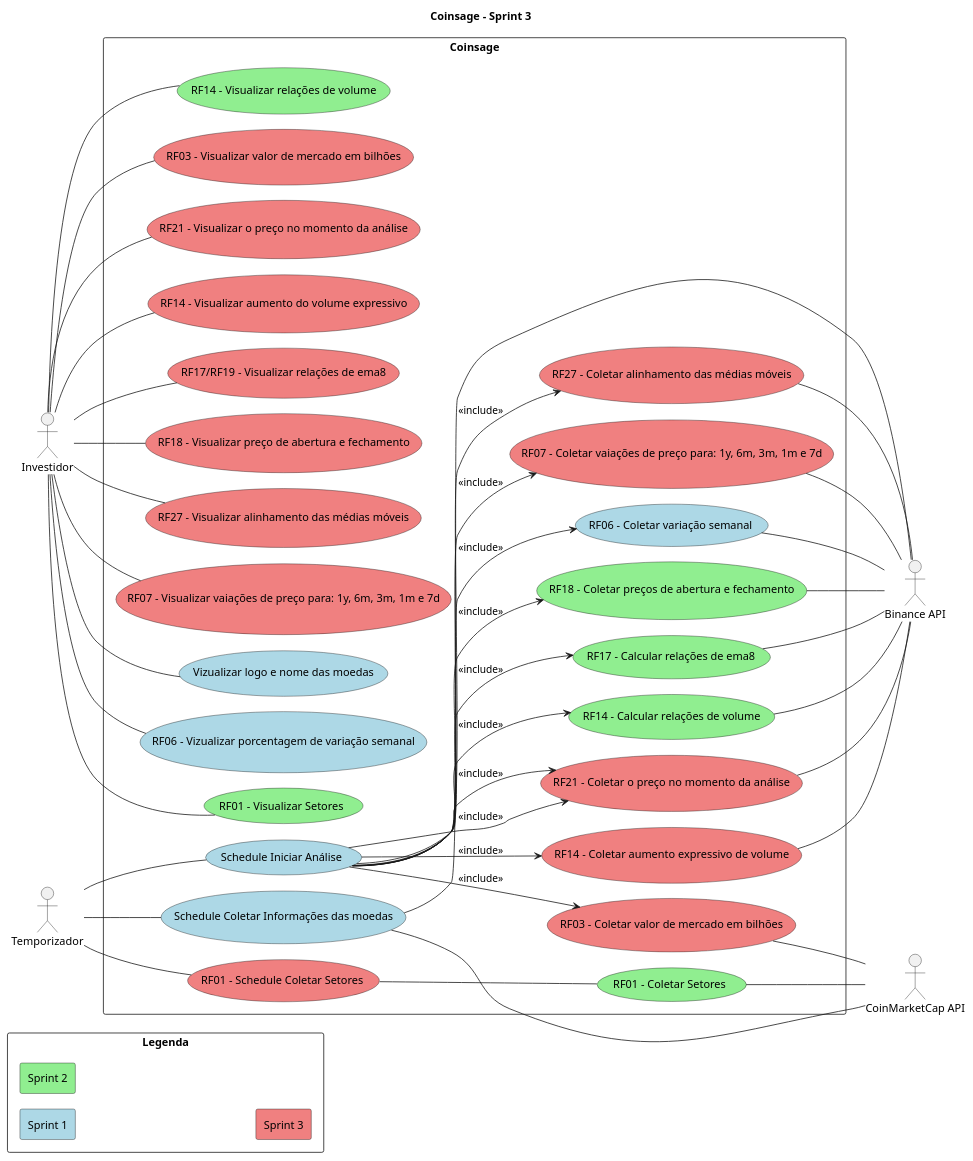
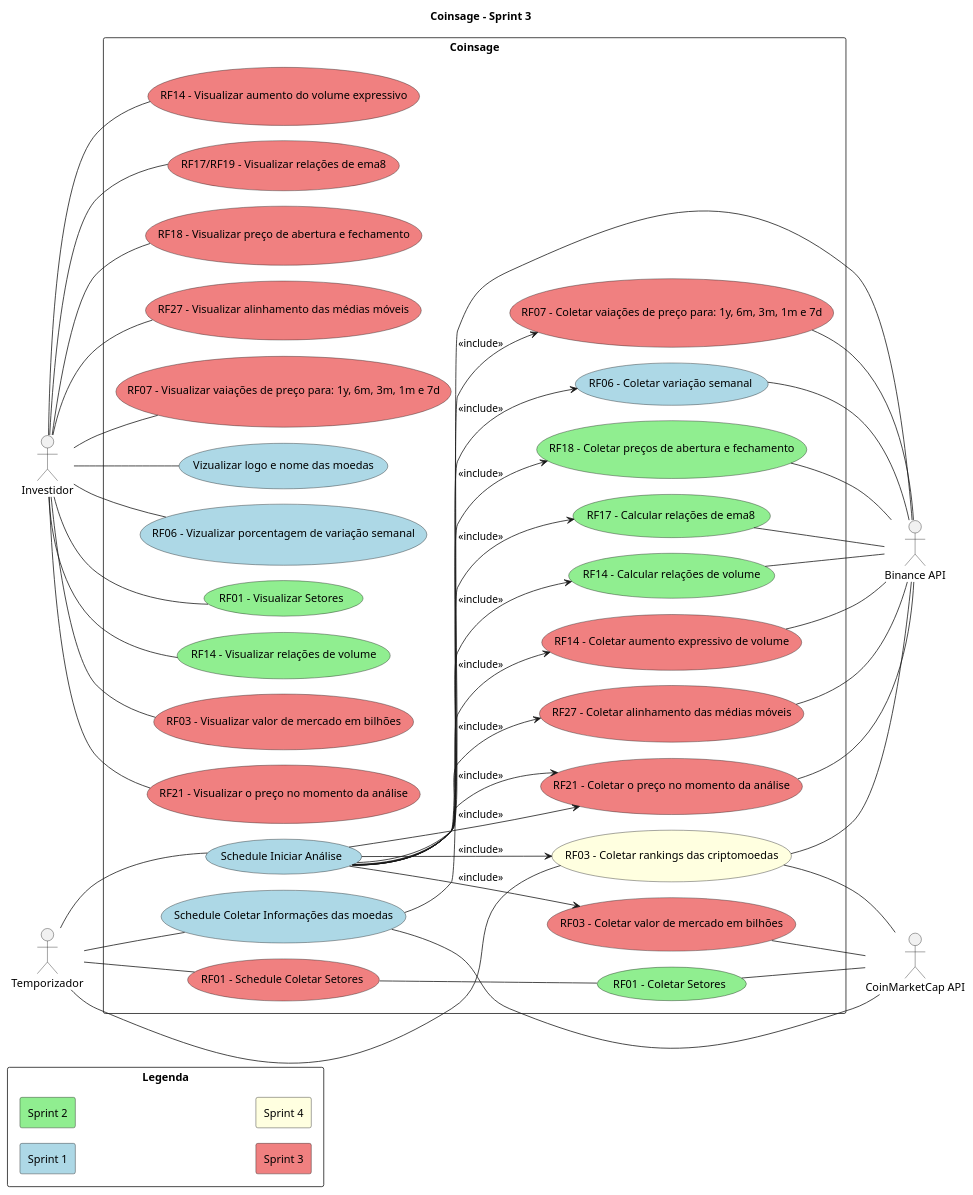
Before and after one commit to ICEI-PUC-Minas-PPLES-TI/plf-es-2024-1-ti3-8981100-coinsage: the diagram in Artefatos/diagramas/casos_de_uso/use_cases.plantuml, drawn with PlantUML. The commit also changed 4 other files, not shown here.

Commit message:
added new use-case with collect rankings feature

```diff
--- a/Artefatos/diagramas/casos_de_uso/use_cases.plantuml
+++ b/Artefatos/diagramas/casos_de_uso/use_cases.plantuml
@@ -1,108 +1,114 @@
 @startuml
 title Coinsage - Sprint 3
 
 left to right direction
 actor "Investidor" as investor
 actor "Temporizador" as schedule
 actor "Binance API" as binance
 actor "CoinMarketCap API" as cmc
 
 rectangle "Legenda"{
     skinparam minClassWidth 10
     skinparam nodesep 1
     skinparam ranksep 1
 
     rectangle "Sprint 1" #LightBlue
     rectangle "Sprint 2" #LightGreen
     rectangle "Sprint 3" #LightCoral
-    ' rectangle "Sprint 4" #LightYellow
+    rectangle "Sprint 4" #LightYellow
 }
 
 rectangle "Coinsage"{
     skinparam nodesep 20
 
     ' Schedules use cases
     ' Sp1
     usecase "Schedule Coletar Informações das moedas" as sch_cripto_info #LightBlue
     usecase "Schedule Iniciar Análise" as sch_analysis #LightBlue
     ' Sp3
     usecase "RF01 - Schedule Coletar Setores" as sch_sectors #LightCoral /' Should be sprint 2 but not ended '/
 
     ' Analyse use cases
     ' Sp1
     usecase "RF06 - Coletar variação semanal" as collect_cripto_week_incresse #LightBlue
     ' Sp2
     usecase "RF01 - Coletar Setores" as collect_sectors #LightGreen
     usecase "RF18 - Coletar preços de abertura e fechamento" as collect_cripto_open_close #LightGreen
     usecase "RF17 - Calcular relações de ema8" as collect_ema8_relations #LightGreen
     usecase "RF14 - Calcular relações de volume" as collect_volume_relations #LightGreen
     ' Sp3
     usecase "RF03 - Coletar valor de mercado em bilhões" as collect_market_cap #LightCoral /' Should be sprint 2 but not ended '/
     usecase "RF21 - Coletar o preço no momento da análise" as collect_cripto_current_price #LightCoral /' Should be sprint 2 but not ended '/
     usecase "RF14 - Coletar aumento expressivo de volume" as collect_expressive_volume_date #LightCoral /' Should be sprint 2 but not ended '/
     usecase "RF27 - Coletar alinhamento das médias móveis" as collect_emas_aligned #LightCoral
     usecase "RF07 - Coletar vaiações de preço para: 1y, 6m, 3m, 1m e 7d" as collect_cripto_price_variations #LightCoral
 
     ' Report use cases
     ' Sp1
     usecase "Vizualizar logo e nome das moedas" as view_cripto_info #LightBlue
     usecase "RF06 - Vizualizar porcentagem de variação semanal" as view_cripto_week_incresse #LightBlue
     ' Sp2
     usecase "RF01 - Visualizar Setores" as view_sectors #LightGreen
     usecase "RF14 - Visualizar relações de volume" as view_volume_relations #LightGreen
     ' Sp3
     usecase "RF03 - Visualizar valor de mercado em bilhões" as view_market_cap #LightCoral /' Should be sprint 2 but not ended '/
     usecase "RF21 - Visualizar o preço no momento da análise" as view_cripto_current_price #LightCoral /' Should be sprint 2 but not ended '/
     usecase "RF14 - Visualizar aumento do volume expressivo" as view_expressive_volume_increase #LightCoral /' Should be sprint 2 but not ended '/
     usecase "RF17/RF19 - Visualizar relações de ema8" as view_ema8_relations #LightCoral /' Should be sprint 2 but not ended '/
     usecase "RF18 - Visualizar preço de abertura e fechamento" as view_cripto_open_close #LightCoral /' Should be sprint 2 but not ended '/
     usecase "RF27 - Visualizar alinhamento das médias móveis" as view_emas_aligned #LightCoral
     usecase "RF07 - Visualizar vaiações de preço para: 1y, 6m, 3m, 1m e 7d" as view_cripto_price_variations #LightCoral
+    ' Sp4
+    usecase "RF03 - Coletar rankings das criptomoedas" as collect_rankings #LightYellow
 }
 
 ' Schedules use cases
 schedule -- sch_analysis
 schedule -- sch_cripto_info
 schedule -- sch_sectors
+schedule -- collect_rankings
 
 ' APIS use cases
 sch_cripto_info -- binance
 sch_cripto_info -- cmc
 collect_cripto_week_incresse -- binance
 collect_cripto_current_price -- binance
 collect_cripto_open_close -- binance
 collect_ema8_relations -- binance
 collect_volume_relations -- binance
 collect_expressive_volume_date -- binance
 collect_market_cap -- cmc
 collect_emas_aligned -- binance
 collect_cripto_price_variations -- binance
 sch_sectors -- collect_sectors
 collect_sectors -- cmc
+collect_rankings -- binance
+collect_rankings -- cmc
 
 ' Investor use cases
 investor -- view_sectors
 investor -- view_cripto_info
 investor -- view_cripto_week_incresse
 investor -- view_cripto_current_price
 investor -- view_cripto_open_close
 investor -- view_ema8_relations
 investor -- view_volume_relations
 investor -- view_expressive_volume_increase
 investor -- view_market_cap
 investor -- view_emas_aligned
 investor -- view_cripto_price_variations
 
 ' Use cases relations
 sch_analysis --> collect_cripto_week_incresse  : <<include>>
 sch_analysis --> collect_cripto_current_price  : <<include>>
 sch_analysis --> collect_cripto_open_close  : <<include>>
 sch_analysis --> collect_ema8_relations  : <<include>>
 sch_analysis --> collect_volume_relations  : <<include>>
 sch_analysis --> collect_expressive_volume_date : <<include>>
 sch_analysis --> collect_market_cap : <<include>>
 sch_analysis --> collect_cripto_current_price : <<include>>
 sch_analysis --> collect_emas_aligned : <<include>>
 sch_analysis --> collect_cripto_price_variations : <<include>>
+sch_analysis --> collect_rankings : <<include>>
 
 @enduml
```
